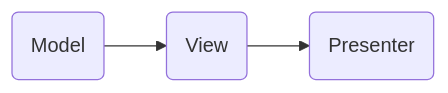
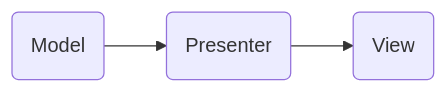
One commit to alfertev2014/holyjs-2026-autumn changed the eighth of 11 diagrams in slides.md. Above: the diagram before and after it, drawn with Mermaid. The commit also changed other lines of this file and 5 other files, not shown here.

````diff
--- a/slides.md
+++ b/slides.md
@@ -1368,4 +1662,4 @@
 ```mermaid
 flowchart LR
-  M(Model) --> V(View) --> P(Presenter)
+  M(Model) --> P(Presenter) --> V(View)
 ```
````
